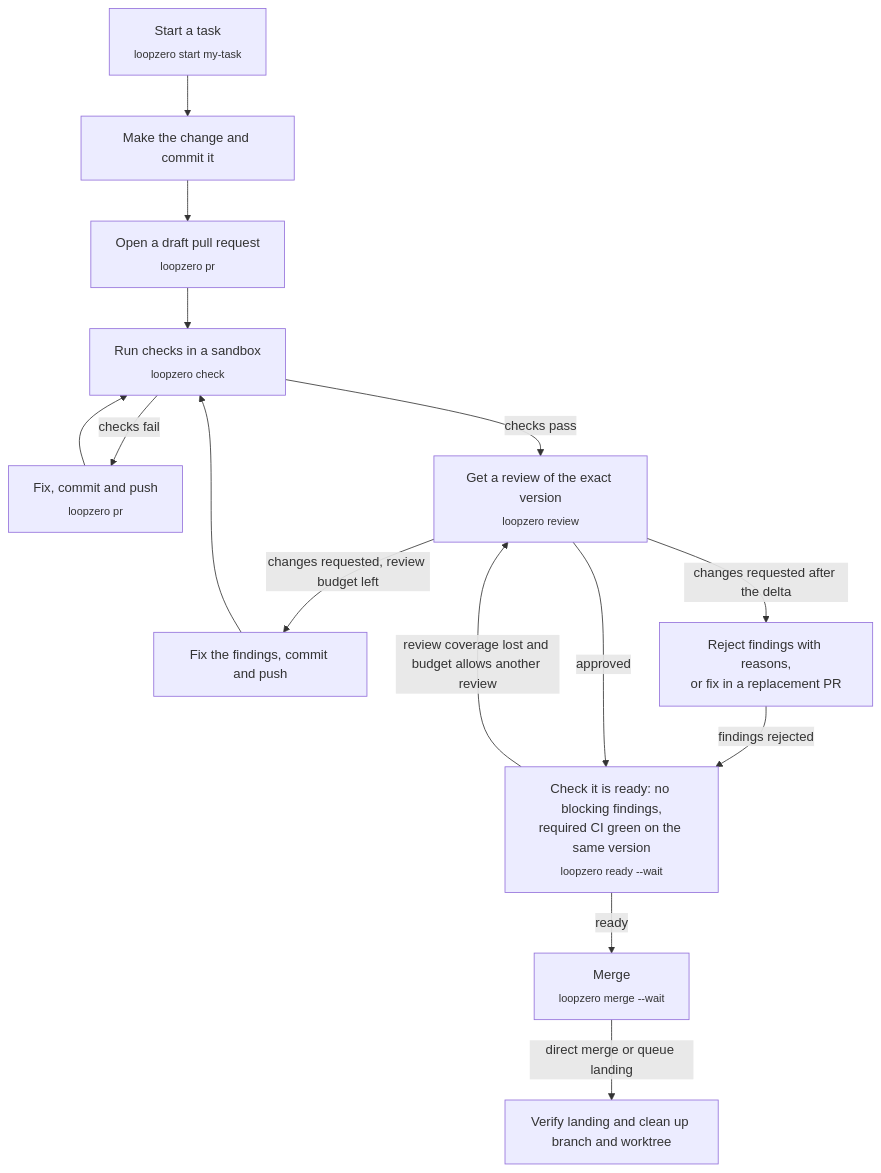
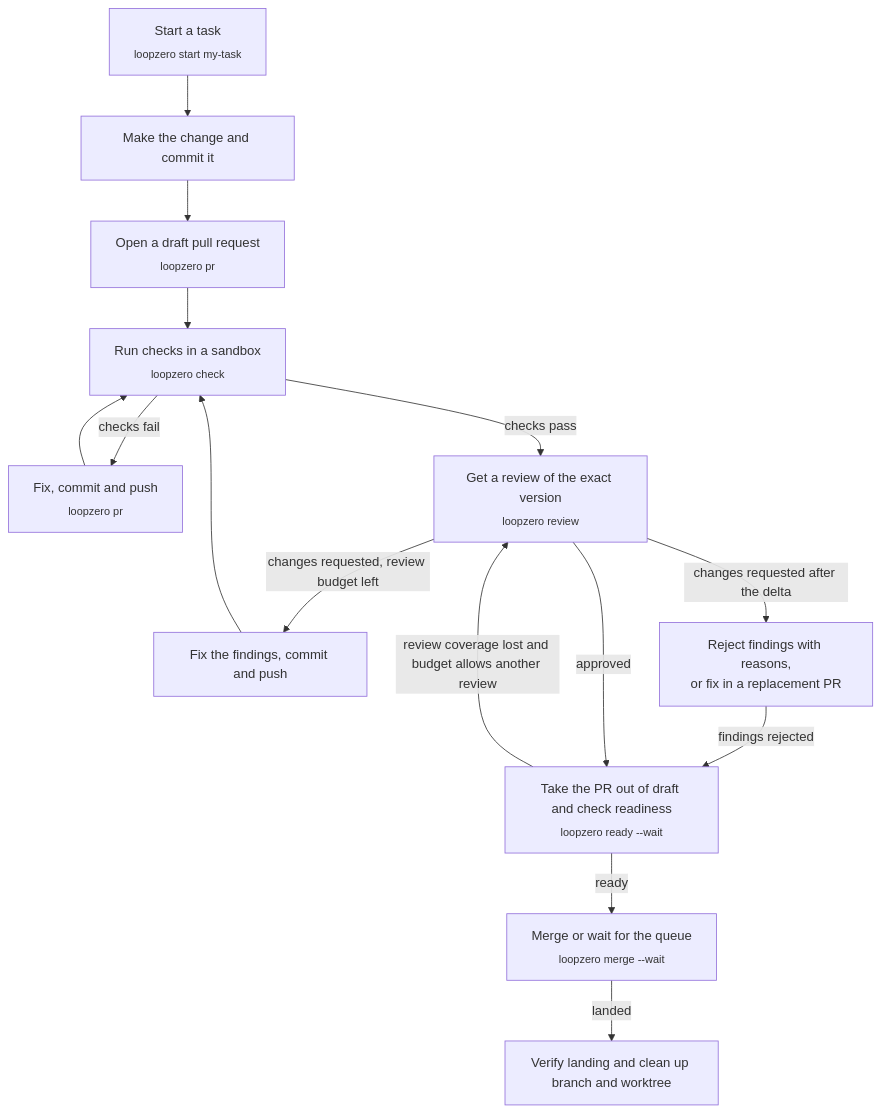
The first of 3 diagrams in docs/WORKFLOW.md (feder-positronics/loop-zero), drawn with Mermaid before and after one commit. The commit also changed other lines of this file and 5 other files, not shown here.

````diff
--- a/docs/WORKFLOW.md
+++ b/docs/WORKFLOW.md
@@ -9,17 +9,17 @@
 ```mermaid
 flowchart TD
     A["Start a task<br/><sub>loopzero start my-task</sub>"] --> B["Make the change and commit it"]
     B --> E["Open a draft pull request<br/><sub>loopzero pr</sub>"]
     E --> C["Run checks in a sandbox<br/><sub>loopzero check</sub>"]
     C -->|checks fail| D["Fix, commit and push<br/><sub>loopzero pr</sub>"]
     D --> C
     C -->|checks pass| F["Get a review of the exact version<br/><sub>loopzero review</sub>"]
     F -->|changes requested, review budget left| G["Fix the findings, commit and push"]
     G --> C
     F -->|changes requested after the delta| R["Reject findings with reasons,<br/>or fix in a replacement PR"]
     R -->|findings rejected| H
-    F -->|approved| H["Check it is ready: no blocking findings,<br/>required CI green on the same version<br/><sub>loopzero ready --wait</sub>"]
+    F -->|approved| H["Take the PR out of draft and check readiness<br/><sub>loopzero ready --wait</sub>"]
     H -->|review coverage lost and budget allows another review| F
-    H -->|ready| I["Merge<br/><sub>loopzero merge --wait</sub>"]
-    I -->|direct merge or queue landing| K["Verify landing and clean up branch and worktree"]
+    H -->|ready| I["Merge or wait for the queue<br/><sub>loopzero merge --wait</sub>"]
+    I -->|landed| K["Verify landing and clean up branch and worktree"]
 ```
````
